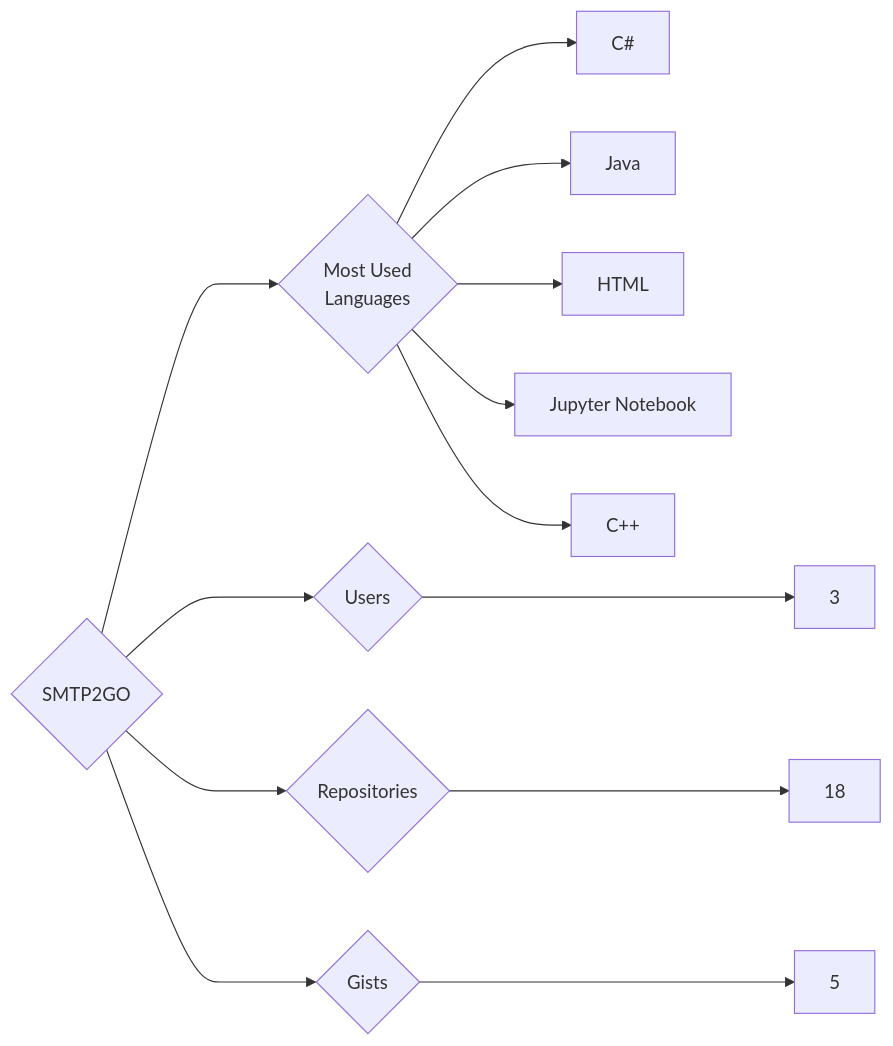
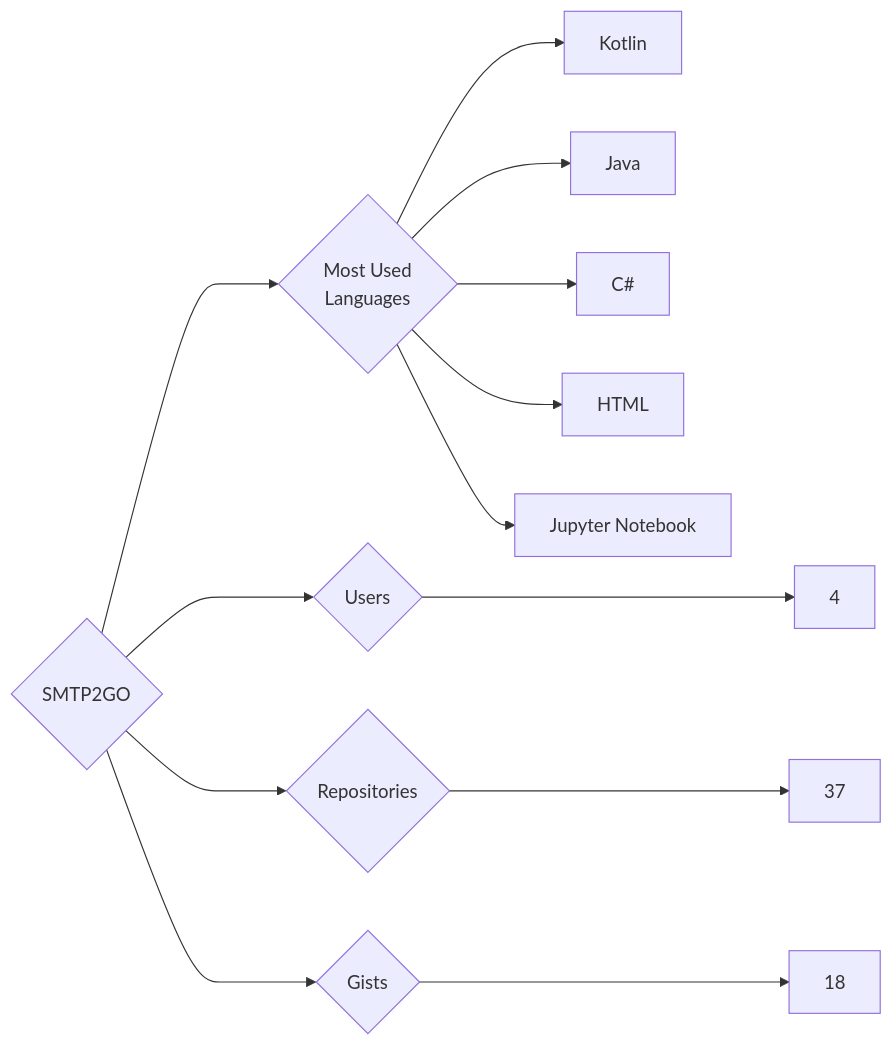
The diagram in targets/SMTP2GO/README.md (trickest/insiders), drawn with Mermaid before and after one commit. The commit also changed 1484 other files, not shown here.

````diff
--- a/targets/SMTP2GO/README.md
+++ b/targets/SMTP2GO/README.md
@@ -3,13 +3,13 @@
 ```mermaid
 graph LR
 COMPANY_NAME{SMTP2GO}
-COMPANY_NAME ---> U{Users} ---> UN[3]
-COMPANY_NAME ---> R{Repositories} ---> RN[18]
-COMPANY_NAME ---> G{Gists} ---> GN[5]
+COMPANY_NAME ---> U{Users} ---> UN[4]
+COMPANY_NAME ---> R{Repositories} ---> RN[37]
+COMPANY_NAME ---> G{Gists} ---> GN[18]
 COMPANY_NAME ---> ML{Most Used<br>Languages}
+ML --> Kotlin[Kotlin]
+ML --> Java[Java]
 ML --> C#[C#]
-ML --> Java[Java]
 ML --> HTML[HTML]
 ML --> Jupyter_Notebook[Jupyter Notebook]
-ML --> C++[C++]
 ```
````
